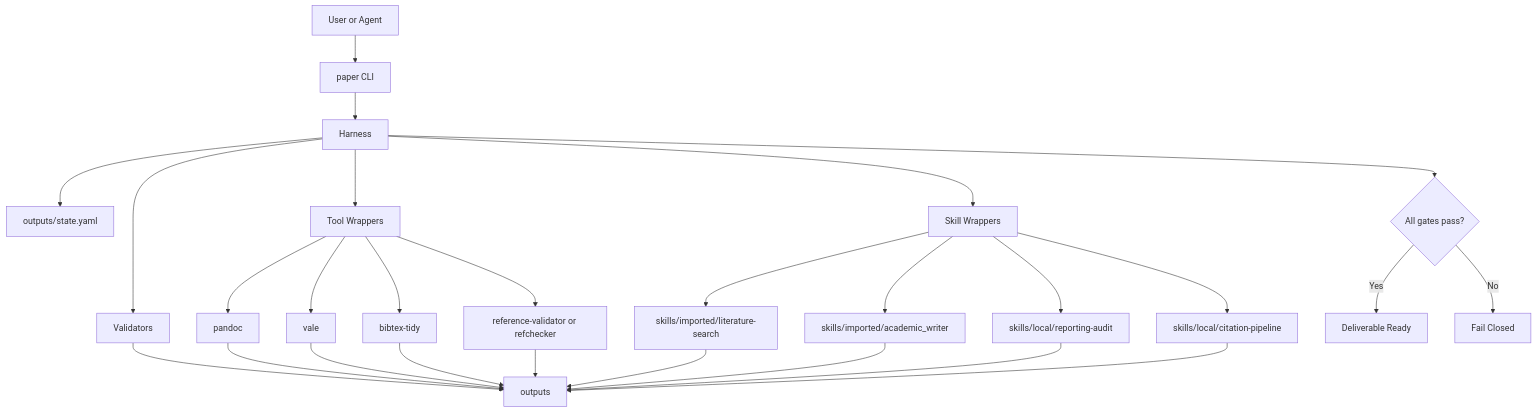
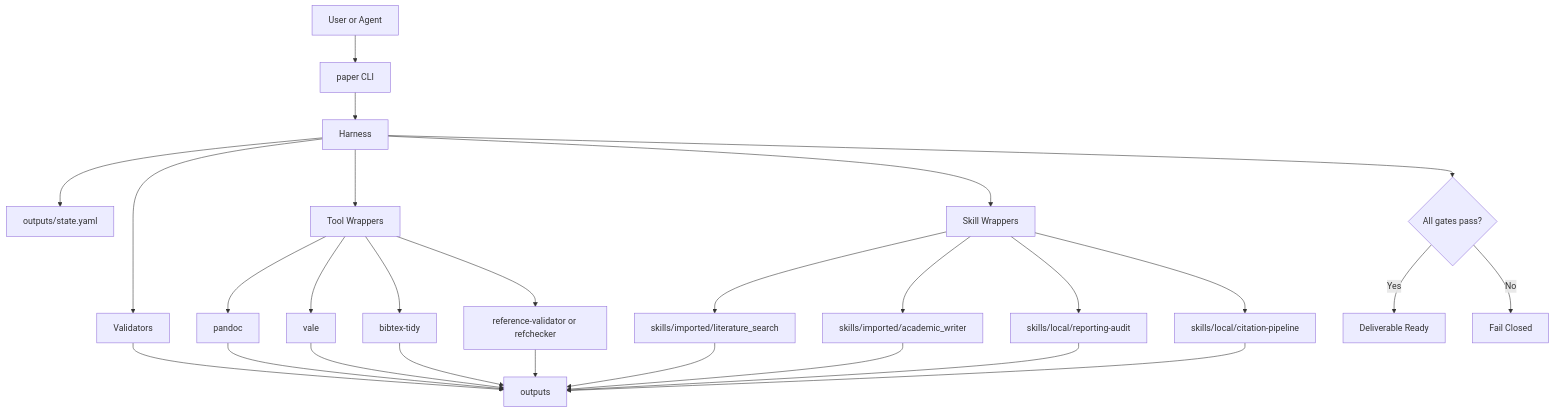
Before and after one commit to fegome90-cmd/paper-writer: the diagram in docs/REPO_ARCHITECTURE.md, drawn with Mermaid. The commit also changed 2 other files, not shown here.

Commit message:
fix: correct kebab-case path drift and manifest provenance date
- Fix remaining literature-search references in REPO_ARCHITECTURE.md
  Mermaid diagram (line 329) to use snake_case (literature_search)
- Fix literature_search __init__.py docstring paths from
  skills/imported/literature-search/ to skills/imported/literature_search/
- Correct sections_manifest.json generated_date from 2026-05-25
  to 2026-05-24 (actual generation date)

No code changes. 216 tests, ruff clean, mypy strict clean.

````diff
--- a/docs/REPO_ARCHITECTURE.md
+++ b/docs/REPO_ARCHITECTURE.md
@@ -315,33 +315,33 @@
 ```mermaid
 flowchart TD
     U[User or Agent] --> C[paper CLI]
     C --> H[Harness]
     H --> S[outputs/state.yaml]
     H --> V[Validators]
     H --> T[Tool Wrappers]
     H --> K[Skill Wrappers]
 
     T --> P[pandoc]
     T --> VA[vale]
     T --> B[bibtex-tidy]
     T --> R[reference-validator or refchecker]
 
-    K --> LS[skills/imported/literature-search]
+    K --> LS[skills/imported/literature_search]
     K --> AW[skills/imported/academic_writer]
     K --> LA[skills/local/reporting-audit]
     K --> CP[skills/local/citation-pipeline]
 
     V --> O[outputs]
     P --> O
     VA --> O
     B --> O
     R --> O
     LS --> O
     AW --> O
     LA --> O
     CP --> O
 
     H --> G{All gates pass?}
     G -->|Yes| D[Deliverable Ready]
     G -->|No| F[Fail Closed]
 ```
````
